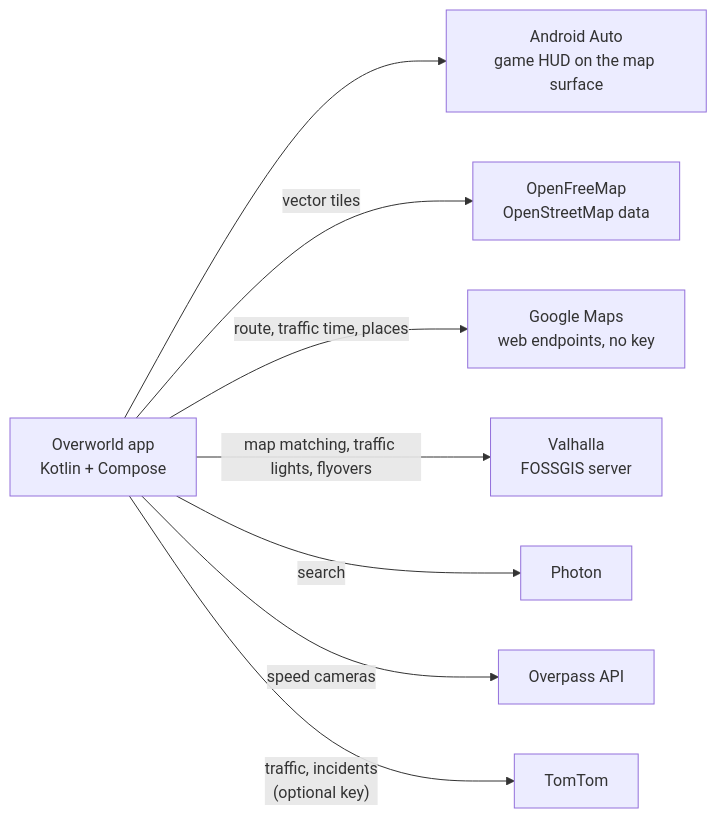
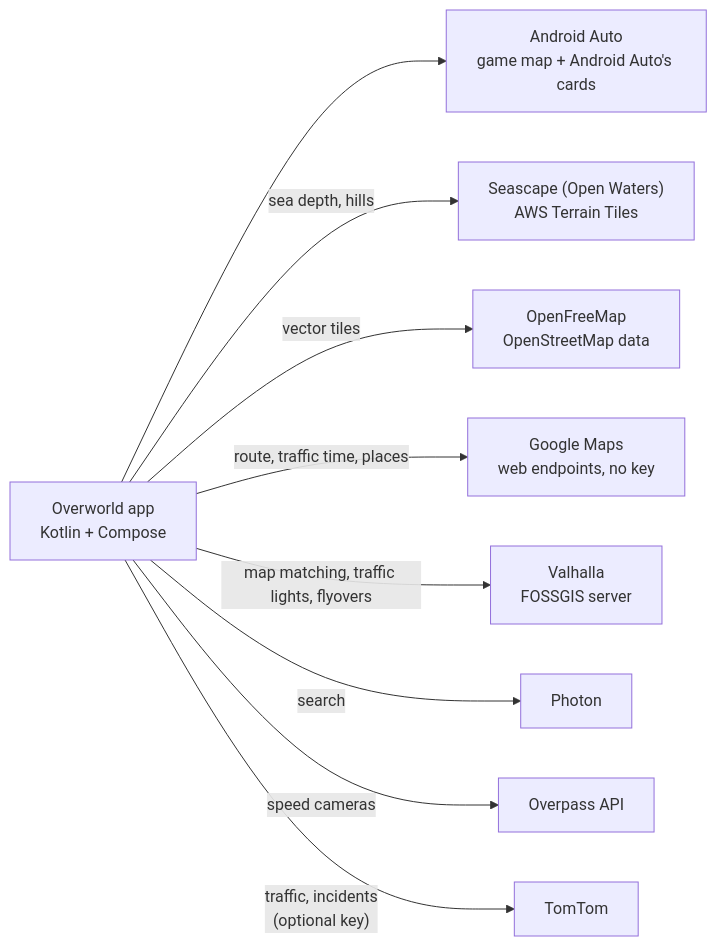
One commit to TheAlgo7/overworld-maps changed the diagram in README.md. Above: the diagram before and after it, drawn with Mermaid. The commit also changed other lines of this file, not shown here.

Commit message:
README for 0.6.3: GTA VI's launch maps, route colours, Android Auto's cards

````diff
--- a/README.md
+++ b/README.md
@@ -146,10 +147,11 @@
 ```mermaid
 flowchart LR
-  app["Overworld app<br/>Kotlin + Compose"] --> car["Android Auto<br/>game HUD on the map surface"]
+  app["Overworld app<br/>Kotlin + Compose"] --> car["Android Auto<br/>game map + Android Auto's cards"]
+  app -- "sea depth, hills" --> extra["Seascape (Open Waters)<br/>AWS Terrain Tiles"]
   app -- "vector tiles" --> ofm["OpenFreeMap<br/>OpenStreetMap data"]
   app -- "route, traffic time, places" --> google["Google Maps<br/>web endpoints, no key"]
   app -- "map matching, traffic lights, flyovers" --> valhalla["Valhalla<br/>FOSSGIS server"]
   app -- "search" --> photon["Photon"]
   app -- "speed cameras" --> overpass["Overpass API"]
   app -- "traffic, incidents<br/>(optional key)" --> tomtom["TomTom"]
 ```
````
